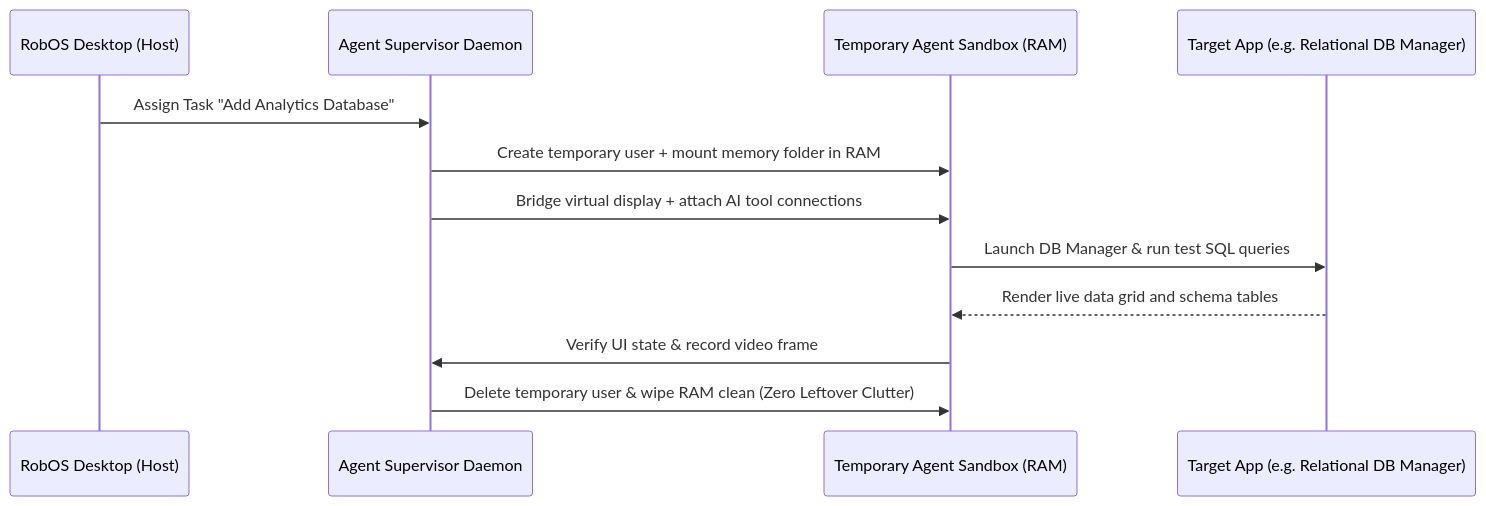
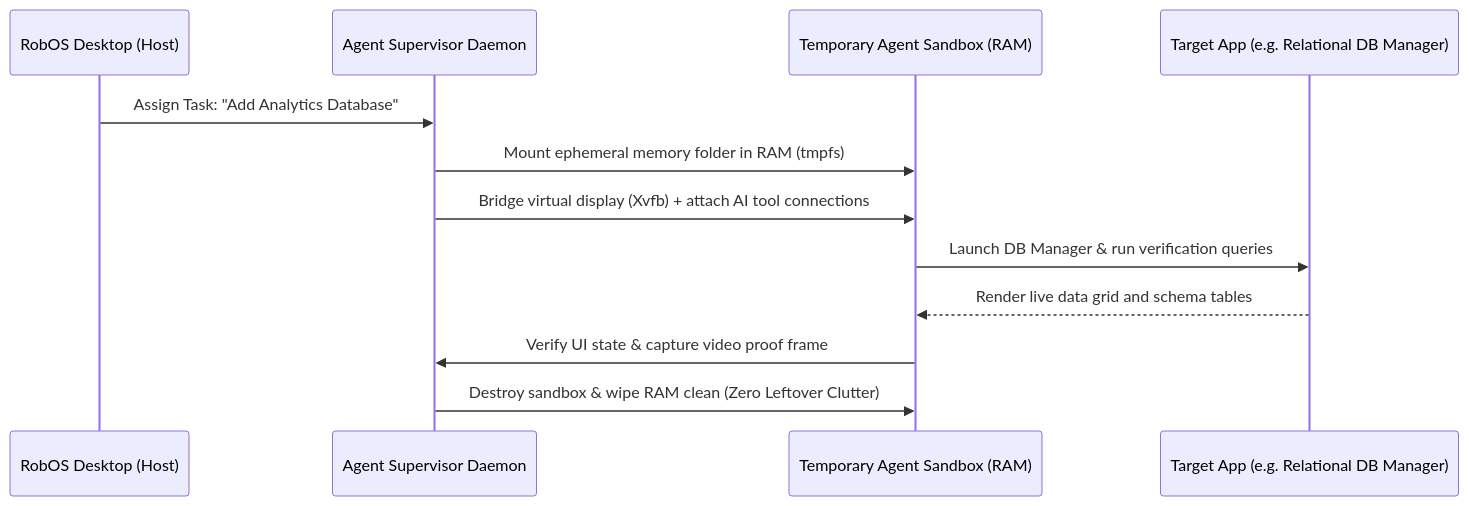
One commit to nddipiazza/robos changed the second of 3 diagrams in docs/index.md. Above: the diagram before and after it, drawn with Mermaid. The commit also changed other lines of this file and 133 other files, not shown here.

````diff
--- a/docs/index.md
+++ b/docs/index.md
@@ -106,15 +141,15 @@
 ```mermaid
 sequenceDiagram
     participant Host as RobOS Desktop (Host)
     participant Supervisor as Agent Supervisor Daemon
     participant Agent as Temporary Agent Sandbox (RAM)
     participant App as Target App (e.g. Relational DB Manager)
 
-    Host->>Supervisor: Assign Task "Add Analytics Database"
-    Supervisor->>Agent: Create temporary user + mount memory folder in RAM
-    Supervisor->>Agent: Bridge virtual display + attach AI tool connections
-    Agent->>App: Launch DB Manager & run test SQL queries
+    Host->>Supervisor: Assign Task: "Add Analytics Database"
+    Supervisor->>Agent: Mount ephemeral memory folder in RAM (tmpfs)
+    Supervisor->>Agent: Bridge virtual display (Xvfb) + attach AI tool connections
+    Agent->>App: Launch DB Manager & run verification queries
     App-->>Agent: Render live data grid and schema tables
-    Agent->>Supervisor: Verify UI state & record video frame
-    Supervisor->>Agent: Delete temporary user & wipe RAM clean (Zero Leftover Clutter)
+    Agent->>Supervisor: Verify UI state & capture video proof frame
+    Supervisor->>Agent: Destroy sandbox & wipe RAM clean (Zero Leftover Clutter)
 ```
````
